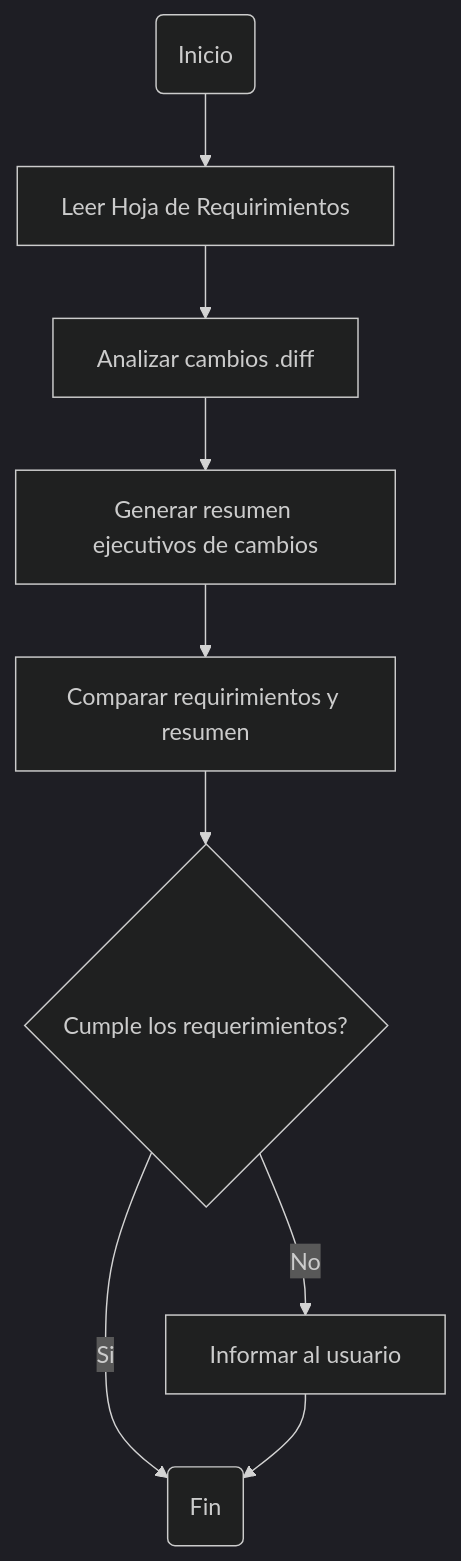
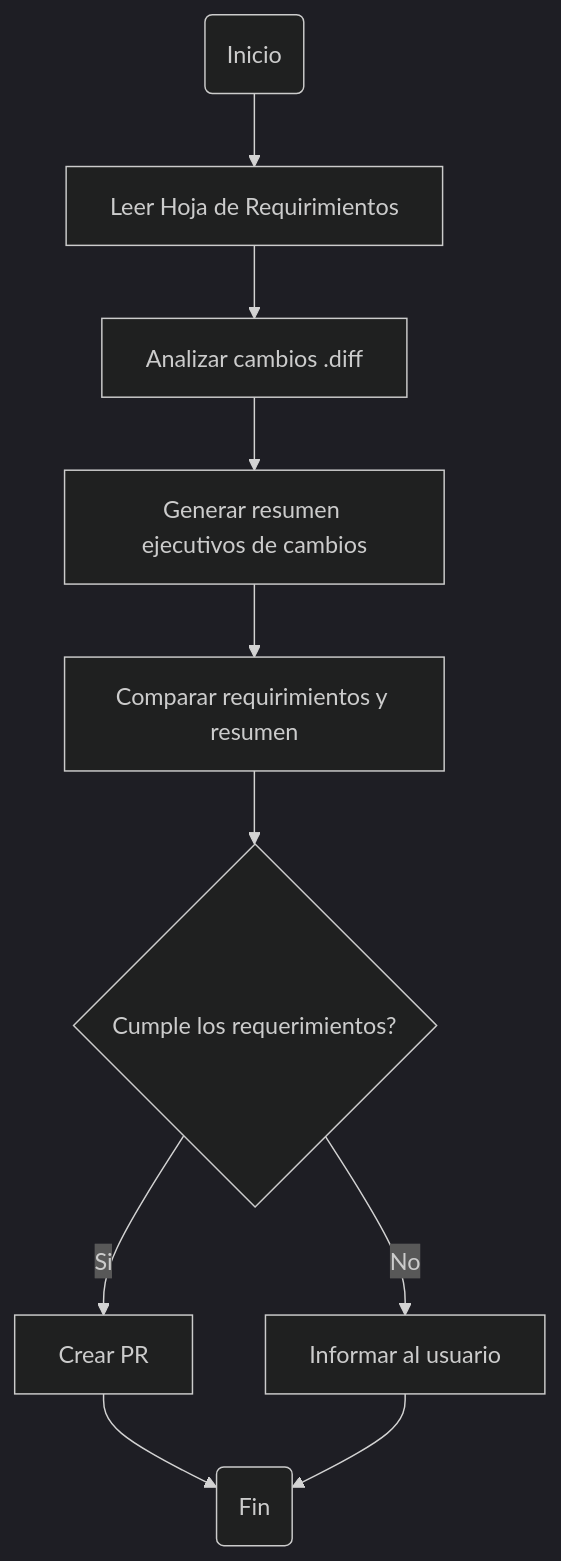
One commit to Aeacosta/LangChain101 changed the third of 3 diagrams in Diagrams.md. Above: the diagram before and after it, drawn with Mermaid (dark theme). The commit also changed 10 other files, not shown here.

````diff
--- a/Diagrams.md
+++ b/Diagrams.md
@@ -58,11 +58,12 @@
 ```mermaid
 flowchart TD
 A(Inicio) --> B[Leer Hoja de Requirimientos]
 B --> C[Analizar cambios .diff]
 C --> D[Generar resumen ejecutivos de cambios]
 D --> E[Comparar requirimientos y resumen]
 E --> F{Cumple los requerimientos?}
 F --> |No|G[Informar al usuario]
-F --> |Si|H(Fin)
+F --> |Si|I[Crear PR]
+I --> H(Fin)
 G --> H
 ```
````
